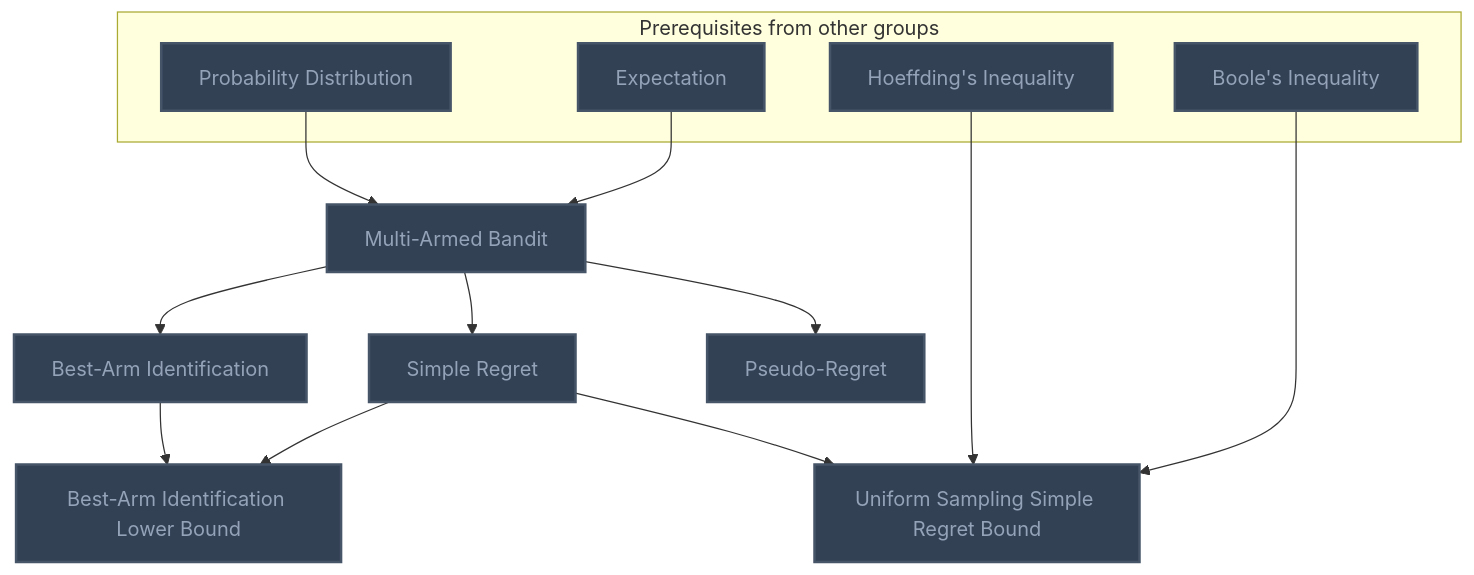
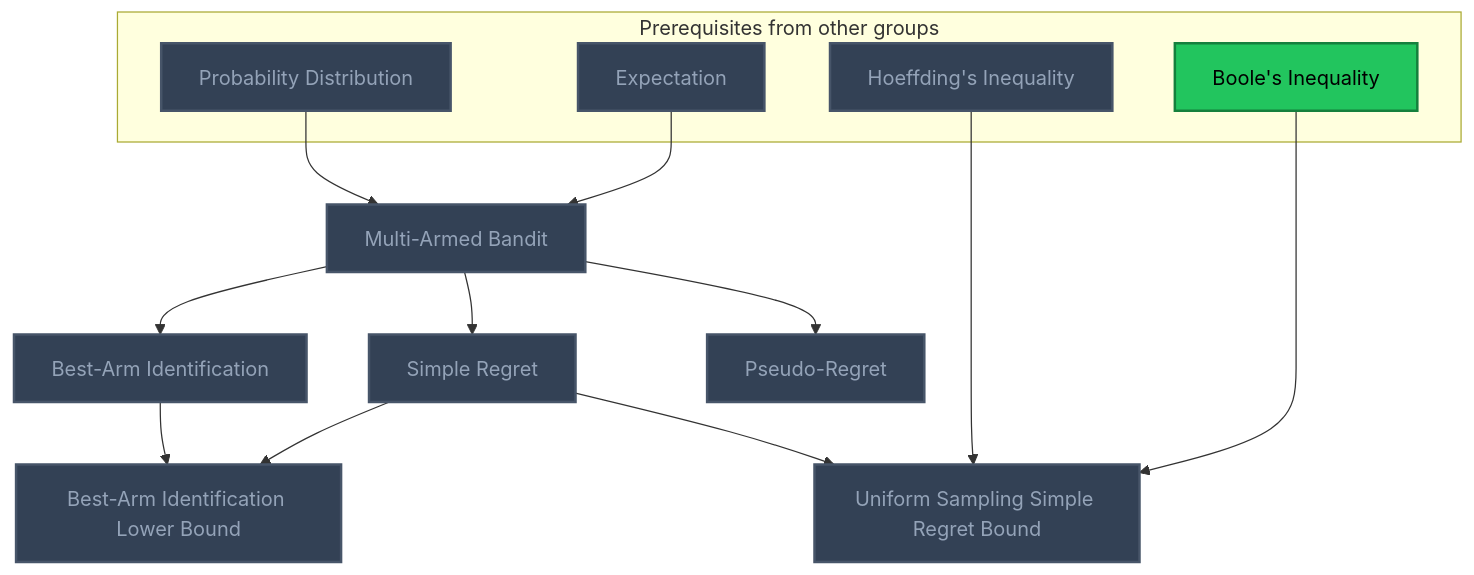
Before and after one commit to MRauf1/My-Notes: the seventh of 11 diagrams in Gamification/Skill Trees/Reinforcement Learning.md, drawn with Mermaid. The commit also changed other lines of this file and 42 other files, not shown here.

````diff
--- a/Gamification/Skill Trees/Reinforcement Learning.md
+++ b/Gamification/Skill Trees/Reinforcement Learning.md
@@ -261,36 +261,37 @@
 ```mermaid
 flowchart TD
     classDef planned fill:#1E293B,stroke:#64748B,stroke-width:2px,stroke-dasharray:5 5,color:#94A3B8;
     classDef locked fill:#334155,stroke:#475569,stroke-width:2px,color:#94A3B8;
     classDef L0 fill:#F1F5F9,stroke:#94A3B8,stroke-width:2px,color:#000000;
     classDef L1 fill:#22C55E,stroke:#15803D,stroke-width:2px,color:#000000;
     classDef L2 fill:#3B82F6,stroke:#1D4ED8,stroke-width:3px,color:#FFFFFF;
     classDef L3 fill:#A855F7,stroke:#6B21A8,stroke-width:3px,color:#FFFFFF,font-weight:bold;
     classDef L4 fill:#F97316,stroke:#C2410C,stroke-width:4px,color:#000000,font-weight:bold;
     classDef L5 fill:#FFD700,stroke:#FF8C00,stroke-width:5px,color:#000000,font-weight:bold;
     classDef rusty stroke:#8B4513,stroke-width:4px,stroke-dasharray:3 3;
     subgraph sg_prereqs["Prerequisites from other groups"]
         n_probability_distribution["Probability Distribution"]
         n_expectation["Expectation"]
         n_hoeffding_s_inequality["Hoeffding's Inequality"]
         n_boole_s_inequality["Boole's Inequality"]
     end
     n_multi_armed_bandit["Multi-Armed Bandit"]
     n_pseudo_regret["Pseudo-Regret"]
     n_simple_regret["Simple Regret"]
     n_best_arm_identification["Best-Arm Identification"]
     n_uniform_sampling_simple_regret_bound["Uniform Sampling Simple Regret Bound"]
     n_best_arm_identification_lower_bound["Best-Arm Identification Lower Bound"]
     n_probability_distribution --> n_multi_armed_bandit
     n_expectation --> n_multi_armed_bandit
     n_multi_armed_bandit --> n_pseudo_regret
     n_multi_armed_bandit --> n_simple_regret
     n_multi_armed_bandit --> n_best_arm_identification
     n_simple_regret --> n_uniform_sampling_simple_regret_bound
     n_hoeffding_s_inequality --> n_uniform_sampling_simple_regret_bound
     n_boole_s_inequality --> n_uniform_sampling_simple_regret_bound
     n_best_arm_identification --> n_best_arm_identification_lower_bound
     n_simple_regret --> n_best_arm_identification_lower_bound
-    class n_probability_distribution,n_expectation,n_hoeffding_s_inequality,n_boole_s_inequality,n_multi_armed_bandit,n_pseudo_regret,n_simple_regret,n_best_arm_identification,n_uniform_sampling_simple_regret_bound,n_best_arm_identification_lower_bound locked;
+    class n_probability_distribution,n_expectation,n_hoeffding_s_inequality,n_multi_armed_bandit,n_pseudo_regret,n_simple_regret,n_best_arm_identification,n_uniform_sampling_simple_regret_bound,n_best_arm_identification_lower_bound locked;
+    class n_boole_s_inequality L1;
     class n_probability_distribution,n_expectation,n_hoeffding_s_inequality,n_boole_s_inequality,n_multi_armed_bandit,n_pseudo_regret,n_simple_regret,n_best_arm_identification,n_uniform_sampling_simple_regret_bound,n_best_arm_identification_lower_bound internal-link;
 ```
````
